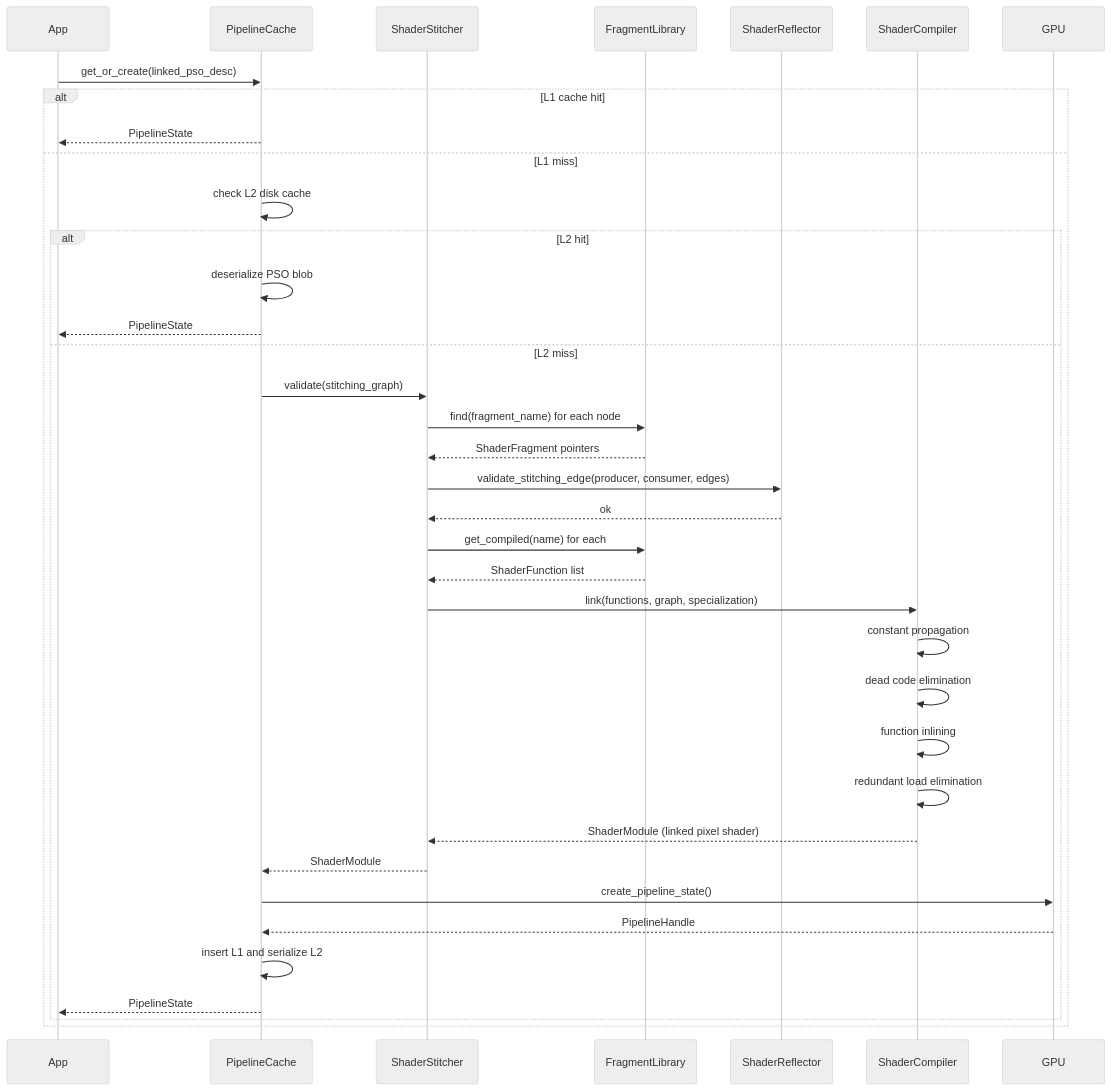
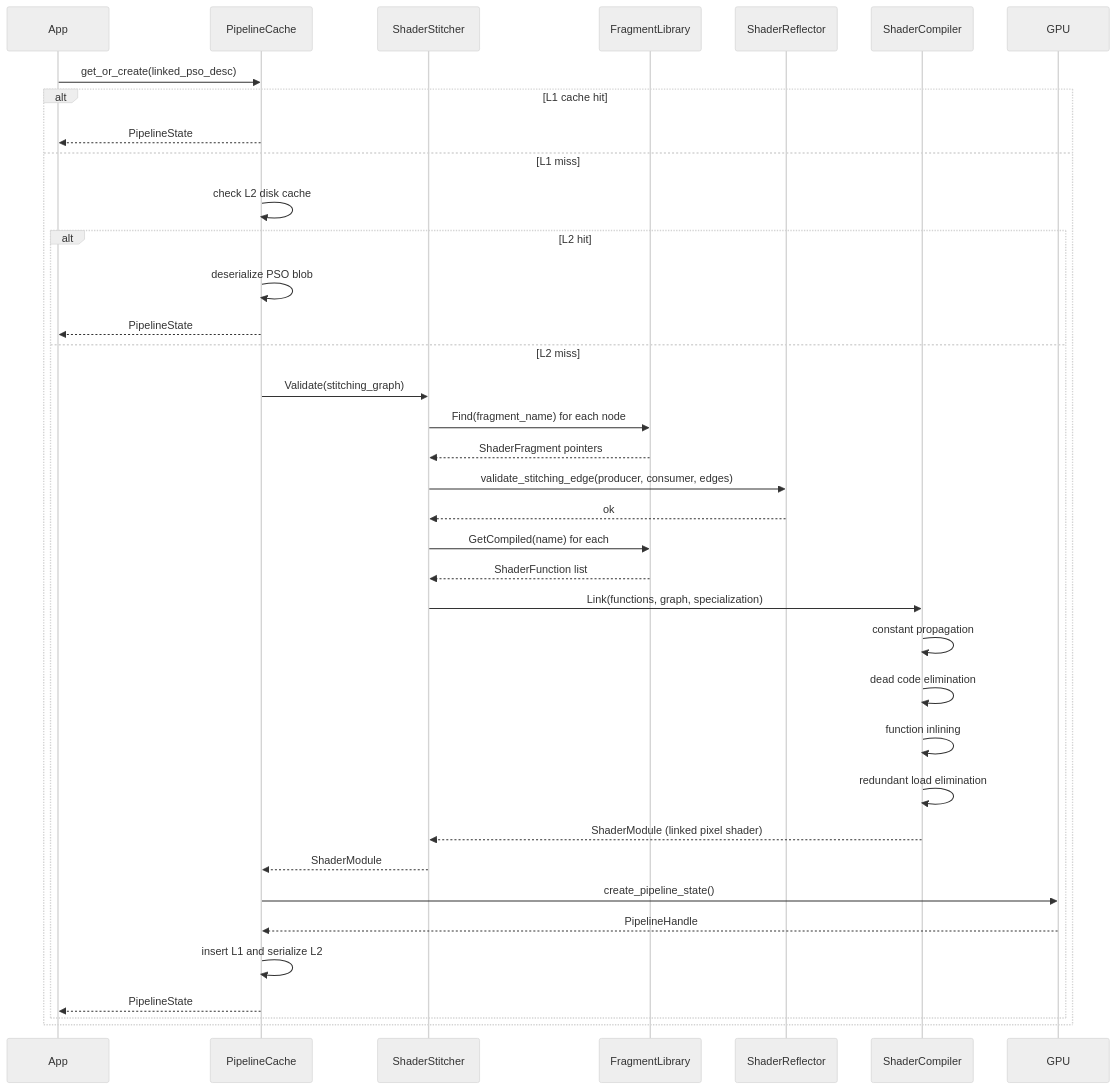
One commit to harmonius-dev/harmonius changed diagram 13 of 16 in docs/design/shader-pipeline-classes.md. Above: the diagram before and after it, drawn with Mermaid (neutral theme). The commit also changed other lines of this file and 67 other files, not shown here.

````diff
--- a/docs/design/shader-pipeline-classes.md
+++ b/docs/design/shader-pipeline-classes.md
@@ -711,43 +711,43 @@
 ```mermaid
 sequenceDiagram
     participant App
     participant Cache as PipelineCache
     participant Stitch as ShaderStitcher
     participant FL as FragmentLibrary
     participant SR as ShaderReflector
     participant SC as ShaderCompiler
     participant GPU
 
     App->>Cache: get_or_create(linked_pso_desc)
 
     alt L1 cache hit
         Cache-->>App: PipelineState
     else L1 miss
         Cache->>Cache: check L2 disk cache
         alt L2 hit
             Cache->>Cache: deserialize PSO blob
             Cache-->>App: PipelineState
         else L2 miss
-            Cache->>Stitch: validate(stitching_graph)
-            Stitch->>FL: find(fragment_name) for each node
+            Cache->>Stitch: Validate(stitching_graph)
+            Stitch->>FL: Find(fragment_name) for each node
             FL-->>Stitch: ShaderFragment pointers
             Stitch->>SR: validate_stitching_edge(producer, consumer, edges)
             SR-->>Stitch: ok
 
-            Stitch->>FL: get_compiled(name) for each
+            Stitch->>FL: GetCompiled(name) for each
             FL-->>Stitch: ShaderFunction list
-            Stitch->>SC: link(functions, graph, specialization)
+            Stitch->>SC: Link(functions, graph, specialization)
             SC->>SC: constant propagation
             SC->>SC: dead code elimination
             SC->>SC: function inlining
             SC->>SC: redundant load elimination
             SC-->>Stitch: ShaderModule (linked pixel shader)
             Stitch-->>Cache: ShaderModule
 
             Cache->>GPU: create_pipeline_state()
             GPU-->>Cache: PipelineHandle
             Cache->>Cache: insert L1 and serialize L2
             Cache-->>App: PipelineState
         end
     end
 ```
````
